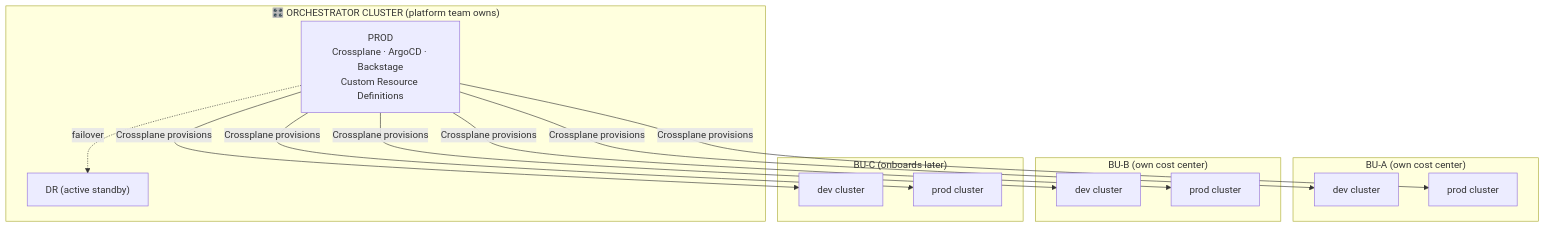
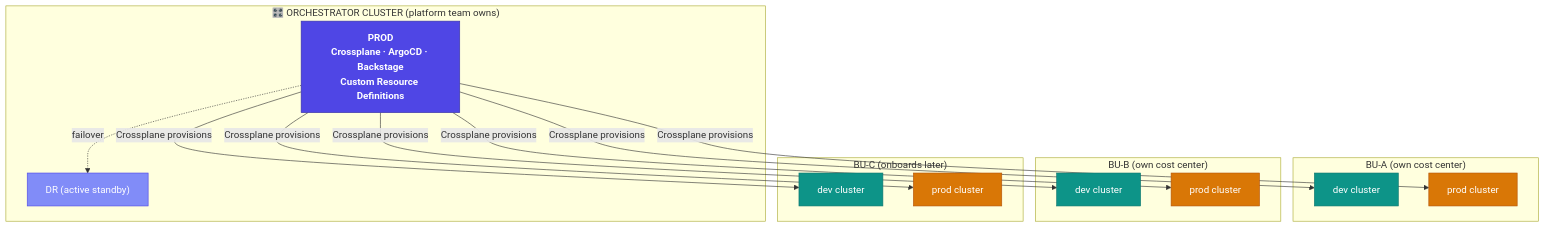
One commit to urukube/.github changed the first of 2 diagrams in .github/CLUSTER-TOPOLOGY.md. Above: the diagram before and after it, drawn with Mermaid. The commit also changed other lines of this file, not shown here.

Commit message:
docs(cluster-topology): add contrasting colors to both diagrams
Topology diagram: deep indigo for Orchestrator PROD, soft purple for DR,
teal for dev clusters, amber for prod clusters.
Provisioning flow: blue (user) → purple (Backstage) → indigo (CRD) →
teal (Crossplane) → amber (ArgoCD).

````diff
--- a/.github/CLUSTER-TOPOLOGY.md
+++ b/.github/CLUSTER-TOPOLOGY.md
@@ -7,30 +7,40 @@
 ```mermaid
 graph TD
     subgraph ORCH["🎛️ ORCHESTRATOR CLUSTER  (platform team owns)"]
         ORCH_PROD["PROD\nCrossplane · ArgoCD · Backstage\nCustom Resource Definitions"]
         ORCH_DR["DR  (active standby)"]
         ORCH_PROD -.->|failover| ORCH_DR
     end
 
     subgraph BUA["BU-A  (own cost center)"]
         A_DEV["dev cluster"]
         A_PROD["prod cluster"]
     end
 
     subgraph BUB["BU-B  (own cost center)"]
         B_DEV["dev cluster"]
         B_PROD["prod cluster"]
     end
 
     subgraph BUC["BU-C  (onboards later)"]
         C_DEV["dev cluster"]
         C_PROD["prod cluster"]
     end
 
     ORCH_PROD -->|Crossplane provisions| A_DEV
     ORCH_PROD -->|Crossplane provisions| A_PROD
     ORCH_PROD -->|Crossplane provisions| B_DEV
     ORCH_PROD -->|Crossplane provisions| B_PROD
     ORCH_PROD -->|Crossplane provisions| C_DEV
     ORCH_PROD -->|Crossplane provisions| C_PROD
+
+    classDef orchProd   fill:#4F46E5,stroke:#3730A3,color:#FFFFFF,font-weight:bold
+    classDef orchDR     fill:#818CF8,stroke:#4F46E5,color:#FFFFFF
+    classDef devCluster fill:#0D9488,stroke:#0F766E,color:#FFFFFF
+    classDef prodCluster fill:#D97706,stroke:#B45309,color:#FFFFFF
+
+    class ORCH_PROD orchProd
+    class ORCH_DR orchDR
+    class A_DEV,B_DEV,C_DEV devCluster
+    class A_PROD,B_PROD,C_PROD prodCluster
 ```
````
